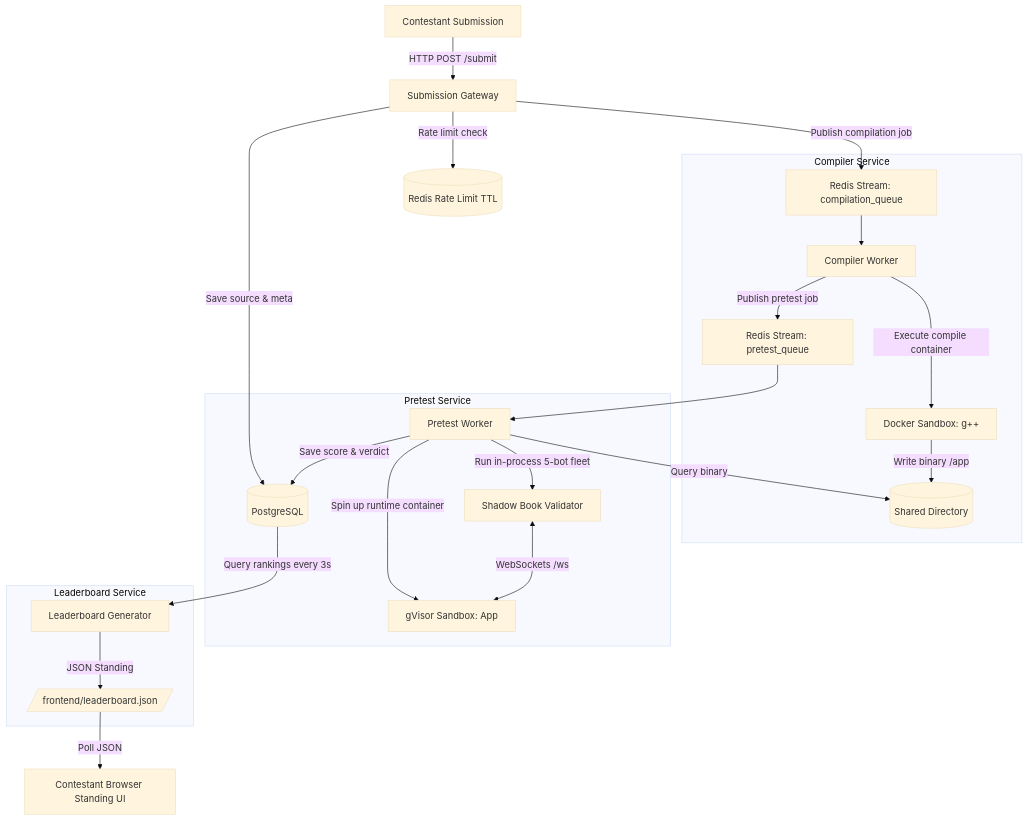
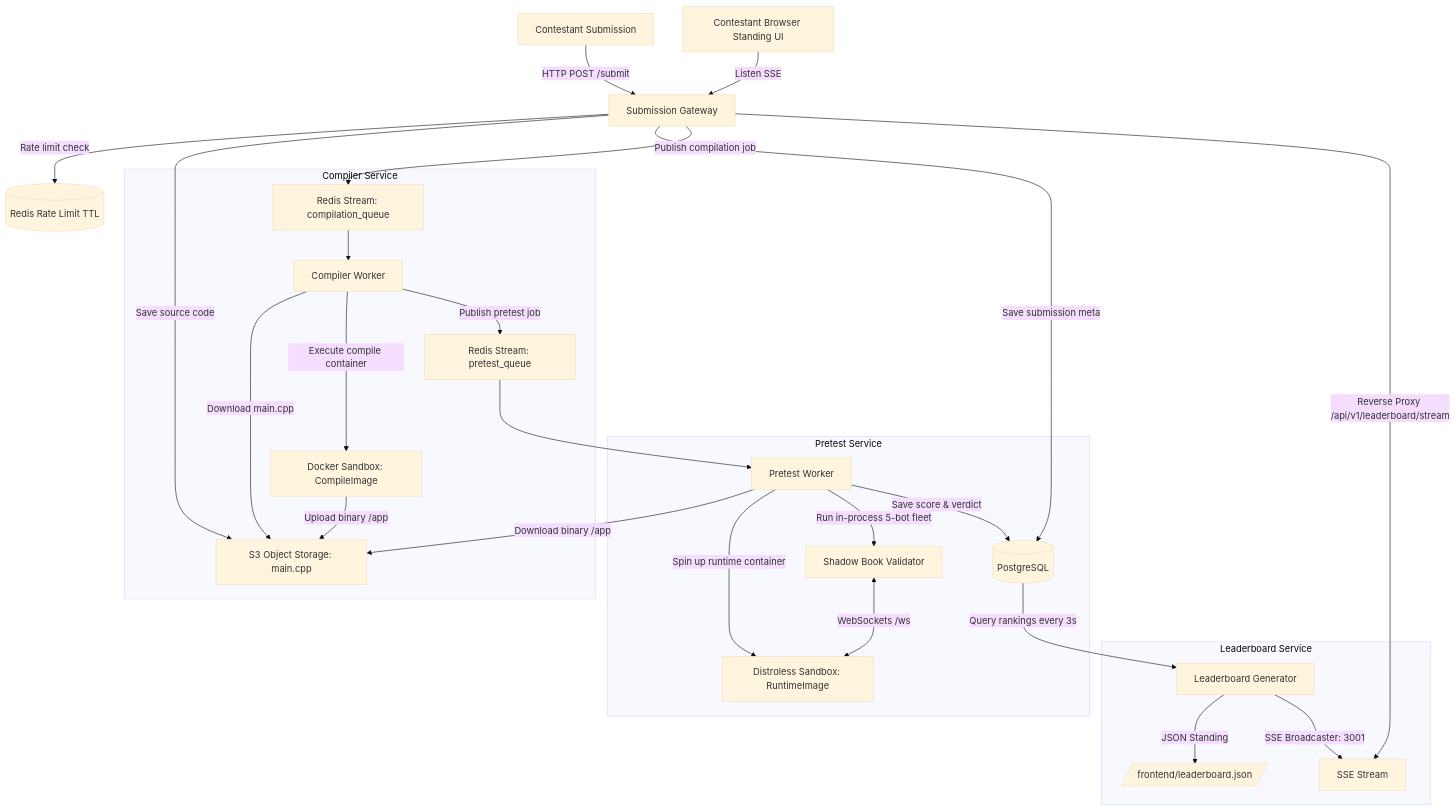
One commit to Guptak12/IICPC-BenchGrid changed the diagram in README.md. Above: the diagram before and after it, drawn with Mermaid (base theme). The commit also changed other lines of this file, not shown here.

````diff
--- a/README.md
+++ b/README.md
@@ -11,30 +11,34 @@
 ```mermaid
 flowchart TD
     Client[Contestant Submission] -->|HTTP POST /submit| Gateway[Submission Gateway]
     Gateway -->|Rate limit check| RedisRL[(Redis Rate Limit TTL)]
-    Gateway -->|Save source & meta| PG[(PostgreSQL)]
+    Gateway -->|Save source code| S3[S3 Object Storage: main.cpp]
+    Gateway -->|Save submission meta| PG[(PostgreSQL)]
     Gateway -->|Publish compilation job| R1[Redis Stream: compilation_queue]
     
     subgraph Compiler Service
         R1 --> Compiler[Compiler Worker]
-        Compiler -->|Execute compile container| DockerCompile[Docker Sandbox: g++]
-        DockerCompile -->|Write binary /app| SharedVolume[(Shared Directory)]
+        Compiler -->|Download main.cpp| S3
+        Compiler -->|Execute compile container| DockerCompile[Docker Sandbox: CompileImage]
+        DockerCompile -->|Upload binary /app| S3
         Compiler -->|Publish pretest job| R2[Redis Stream: pretest_queue]
     end
     
     subgraph Pretest Service
         R2 --> Pretest[Pretest Worker]
-        Pretest -->|Query binary| SharedVolume
-        Pretest -->|Spin up runtime container| DockerRuntime[gVisor Sandbox: App]
+        Pretest -->|Download binary /app| S3
+        Pretest -->|Spin up runtime container| DockerRuntime[Distroless Sandbox: RuntimeImage]
         Pretest -->|Run in-process 5-bot fleet| Shadow[Shadow Book Validator]
         Shadow <-->|WebSockets /ws| DockerRuntime
         Pretest -->|Save score & verdict| PG
     end
     
     subgraph Leaderboard Service
         PG -->|Query rankings every 3s| Standings[Leaderboard Generator]
         Standings -->|JSON Standing| staticLeaderboard[/frontend/leaderboard.json/]
+        Standings -->|SSE Broadcaster: 3001| LeaderboardStream[SSE Stream]
     end
     
-    staticLeaderboard -->|Poll JSON| CDN[Contestant Browser Standing UI]
+    Gateway -->|Reverse Proxy /api/v1/leaderboard/stream| LeaderboardStream
+    ClientViewer[Contestant Browser Standing UI] -->|Listen SSE| Gateway
 ```
````
